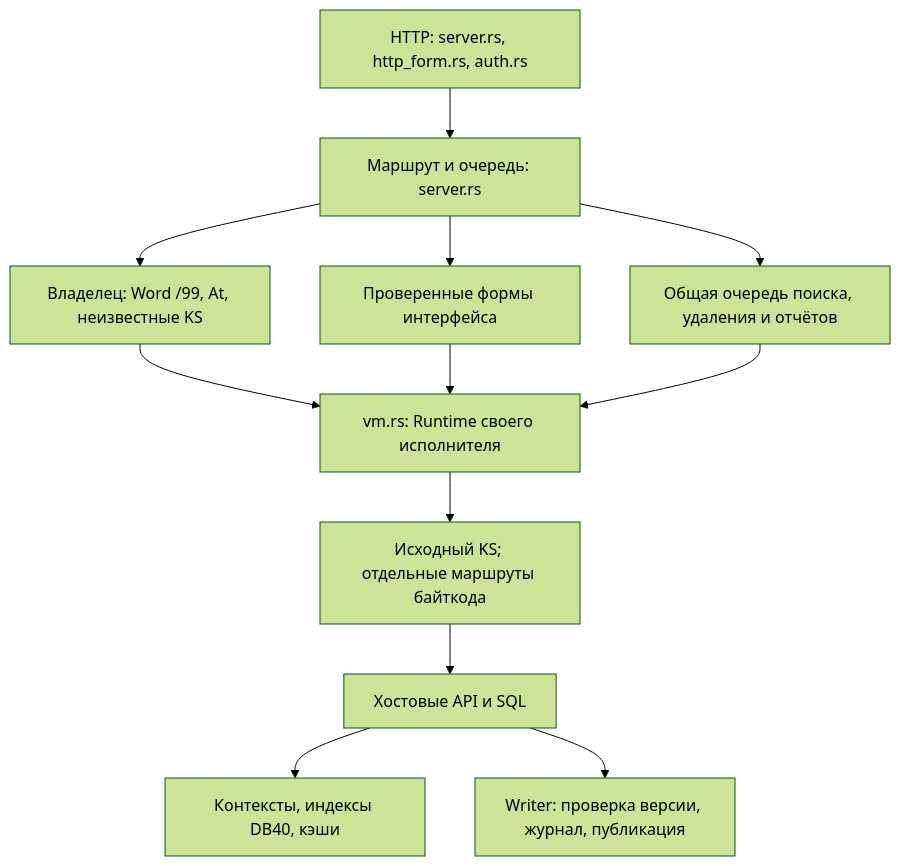
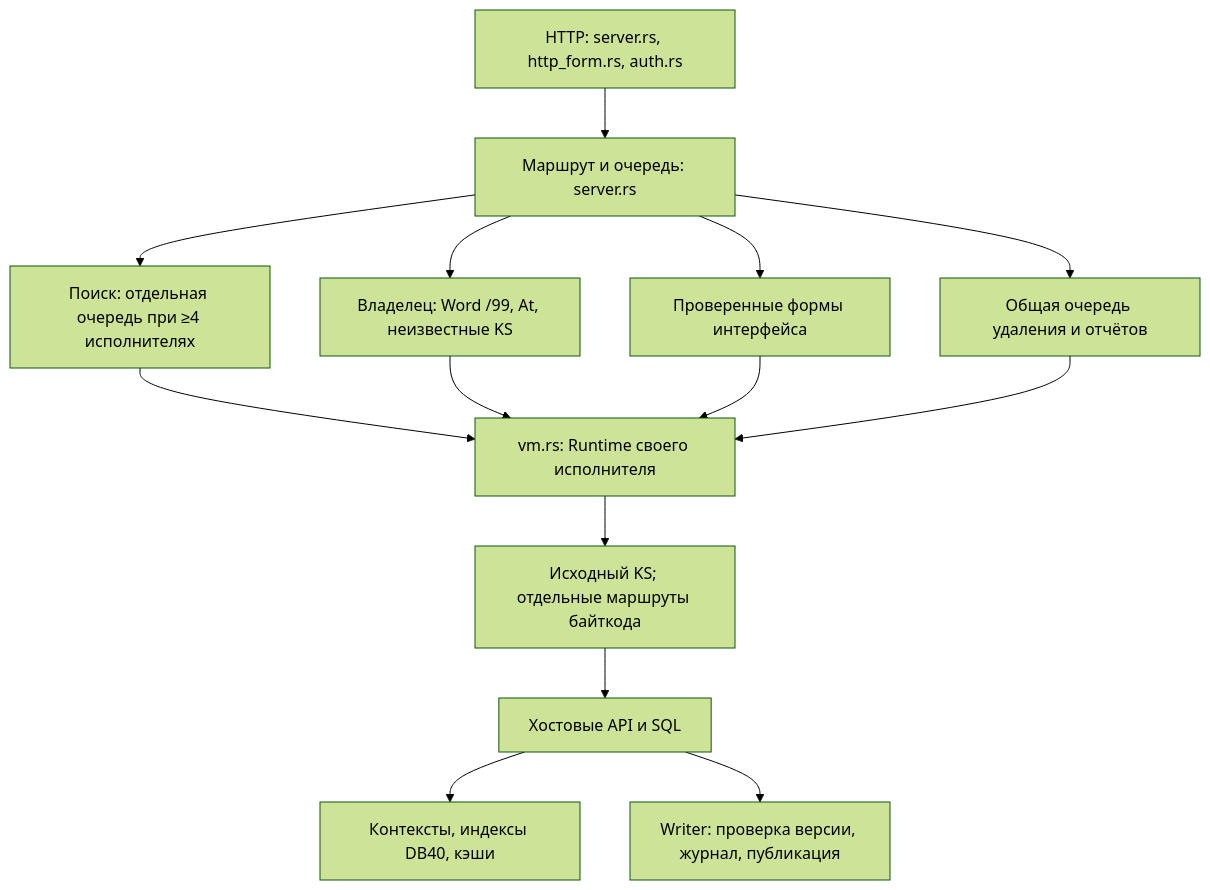
Before and after one commit to Hannabiann/codex-AIs: the diagram in docs/DEVELOPMENT.md, drawn with Mermaid (forest theme). The commit also changed other lines of this file and 26 other files, not shown here.

````diff
--- a/docs/DEVELOPMENT.md
+++ b/docs/DEVELOPMENT.md
@@ -17,14 +17,16 @@
 ```mermaid
 flowchart TD
     HTTP["HTTP: server.rs, http_form.rs, auth.rs"] --> ROUTE["Маршрут и очередь: server.rs"]
     ROUTE --> OWNER["Владелец: Word /99, At, неизвестные KS"]
     ROUTE --> UI["Проверенные формы интерфейса"]
-    ROUTE --> HEAVY["Общая очередь поиска, удаления и отчётов"]
+    ROUTE --> SEARCH["Поиск: отдельная очередь при ≥4 исполнителях"]
+    ROUTE --> HEAVY["Общая очередь удаления и отчётов"]
+    SEARCH --> VM
     OWNER --> VM["vm.rs: Runtime своего исполнителя"]
     UI --> VM
     HEAVY --> VM
     VM --> KS["Исходный KS; отдельные маршруты байткода"]
     KS --> HOST["Хостовые API и SQL"]
     HOST --> READ["Контексты, индексы DB40, кэши"]
     HOST --> WRITE["Writer: проверка версии, журнал, публикация"]
 ```
````
